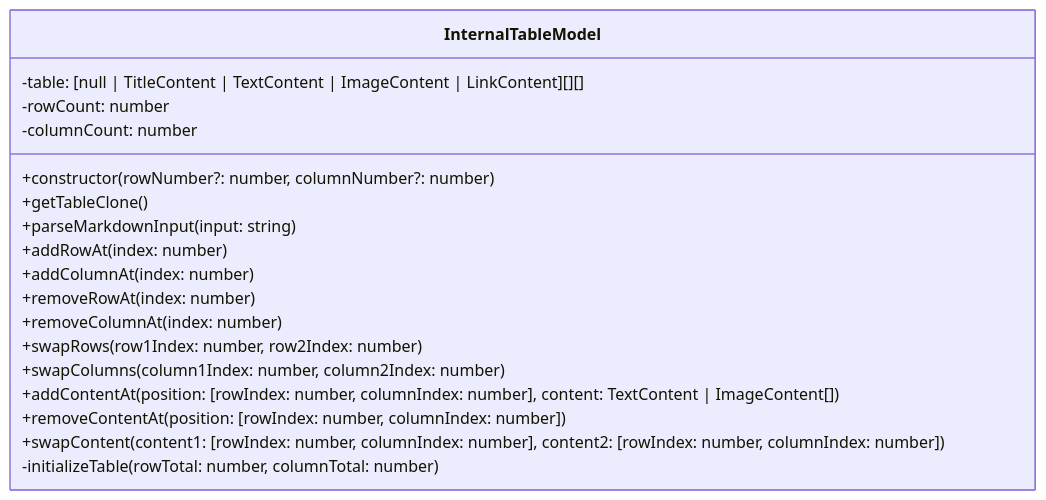
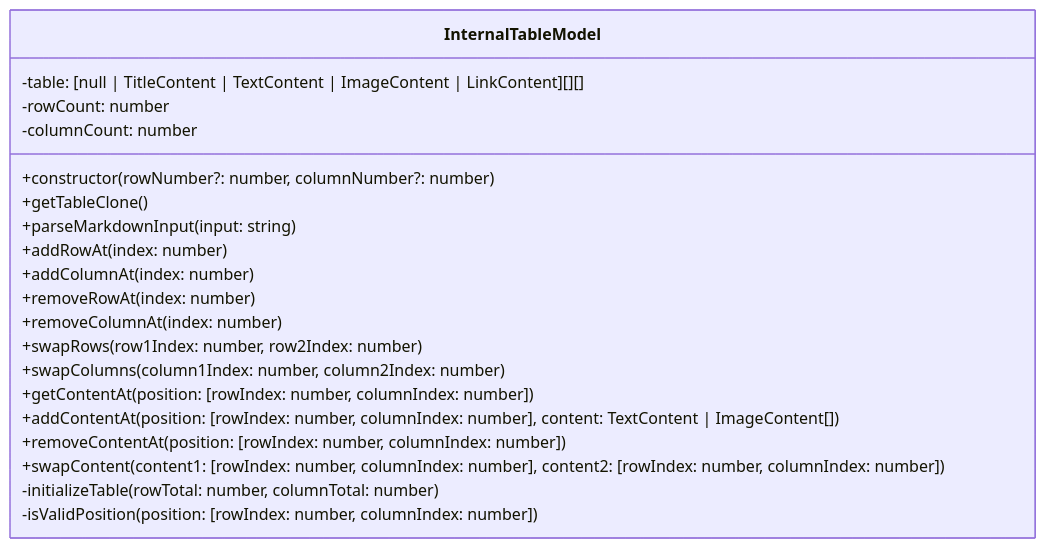
One commit to lcov29/markdown-table-generator changed the second of 3 diagrams in documentation/documentation.md. Above: the diagram before and after it, drawn with Mermaid.

Commit message:
add methods to class diagram

````diff
--- a/documentation/documentation.md
+++ b/documentation/documentation.md
@@ -77,24 +77,26 @@
 ```mermaid
 
 classDiagram
     class InternalTableModel {
         -table: [null | TitleContent | TextContent | ImageContent | LinkContent][][]
         -rowCount: number
         -columnCount: number
 
         +constructor(rowNumber?: number, columnNumber?: number)
         +getTableClone()
         +parseMarkdownInput(input: string)
         +addRowAt(index: number)
         +addColumnAt(index: number)
         +removeRowAt(index: number)
         +removeColumnAt(index: number)
         +swapRows(row1Index: number, row2Index: number)
         +swapColumns(column1Index: number, column2Index: number)
+        +getContentAt(position: [rowIndex: number, columnIndex: number])
         +addContentAt(position: [rowIndex: number, columnIndex: number], content: TextContent | ImageContent[])
         +removeContentAt(position: [rowIndex: number, columnIndex: number])
         +swapContent(content1: [rowIndex: number, columnIndex: number], content2: [rowIndex: number, columnIndex: number])
         -initializeTable(rowTotal: number, columnTotal: number)
+        -isValidPosition(position: [rowIndex: number, columnIndex: number])
     }
 
 ```
````
